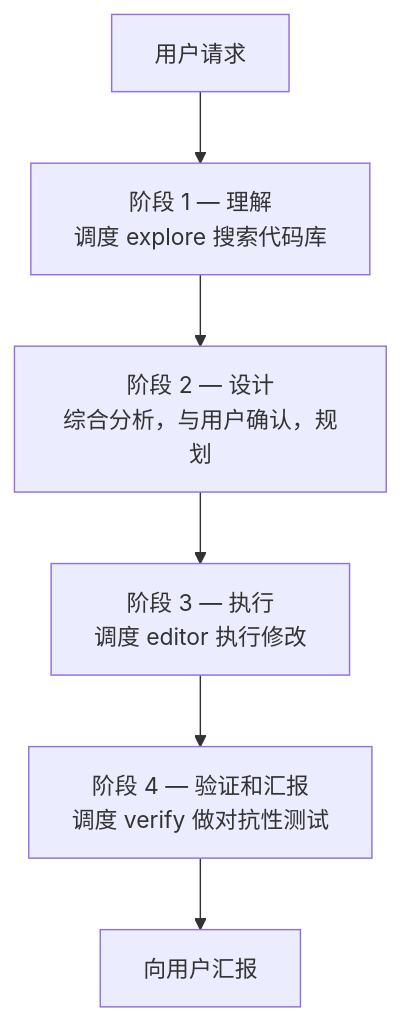
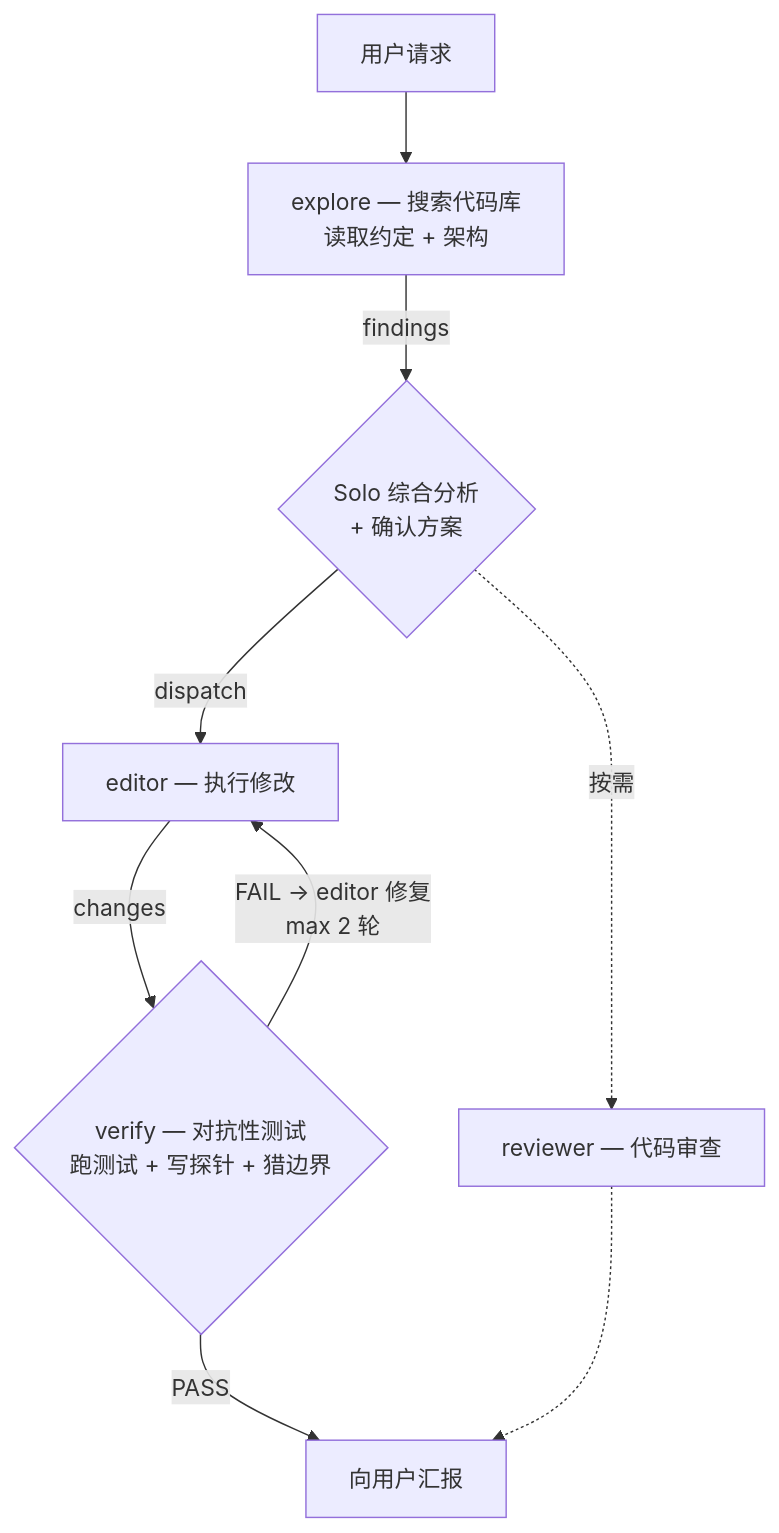
One commit to Dqz00116/opencode-solo changed the third of 3 diagrams in README.zh-CN.md. Above: the diagram before and after it, drawn with Mermaid. The commit also changed 1 other file, not shown here.

Commit message:
docs: sync Workflow flowchart in README.md with README.zh-CN.md

````diff
--- a/README.zh-CN.md
+++ b/README.zh-CN.md
@@ -127,8 +127,11 @@
 ```mermaid
 flowchart TD
-    Req[用户请求] --> P1["阶段 1 — 理解<br/>调度 explore 搜索代码库"]
-    P1 --> P2["阶段 2 — 设计<br/>综合分析，与用户确认，规划"]
-    P2 --> P3["阶段 3 — 执行<br/>调度 editor 执行修改"]
-    P3 --> P4["阶段 4 — 验证和汇报<br/>调度 verify 做对抗性测试"]
-    P4 --> Done[向用户汇报]
+    Req["用户请求"] --> P1["explore — 搜索代码库<br/>读取约定 + 架构"]
+    P1 -->|"findings"| P2{"Solo 综合分析<br/>+ 确认方案"}
+    P2 -->|"dispatch"| P3["editor — 执行修改"]
+    P3 -->|"changes"| P4{"verify — 对抗性测试<br/>跑测试 + 写探针 + 猎边界"}
+    P4 -->|"PASS"| Done["向用户汇报"]
+    P4 -->|"FAIL → editor 修复<br/>max 2 轮"| P3
+    P2 -.->|"按需"| Rev["reviewer — 代码审查"]
+    Rev -.-> Done
 ```
````
